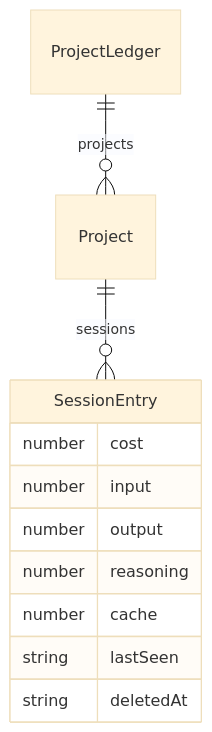
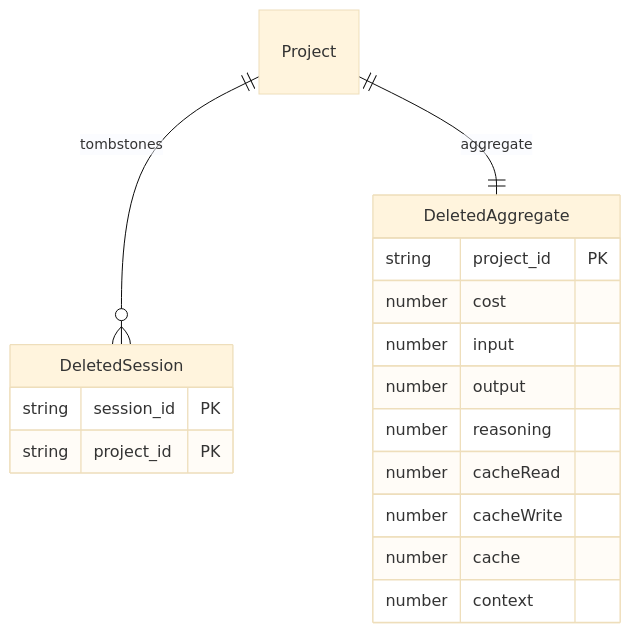
Before and after one commit to jonasotoaguilar/opencode-tokenmeter: the third of 3 diagrams in ARCHITECTURE.md, drawn with Mermaid (base theme). The commit also changed other lines of this file and 5 other files, not shown here.

````diff
--- a/ARCHITECTURE.md
+++ b/ARCHITECTURE.md
@@ -93,14 +93,20 @@
 ```mermaid
 erDiagram
-    ProjectLedger ||--o{ Project : "projects"
-    Project ||--o{ SessionEntry : "sessions"
-    SessionEntry {
+    Project ||--o{ DeletedSession : "tombstones"
+    Project ||--|| DeletedAggregate : "aggregate"
+    DeletedSession {
+        string session_id PK
+        string project_id PK
+    }
+    DeletedAggregate {
+        string project_id PK
         number cost
         number input
         number output
         number reasoning
+        number cacheRead
+        number cacheWrite
         number cache
-        string lastSeen
-        string deletedAt
+        number context
     }
 ```
````
